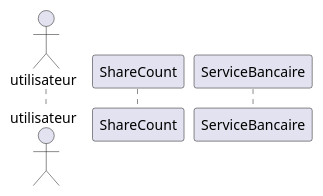
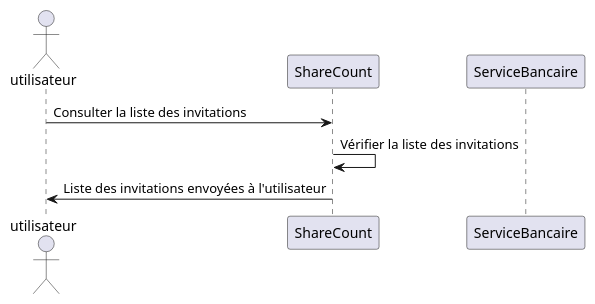
One commit to lmtb06/sharecount changed the diagram in diagrammes/specification/sequence/Consulter-sa-liste-d-invitations.puml. Above: the diagram before and after it, drawn with PlantUML. The commit also changed 1 other file, not shown here.

Commit message:
Fin des diagrammes de séquence

```diff
--- a/diagrammes/specification/sequence/Consulter-sa-liste-d-invitations.puml
+++ b/diagrammes/specification/sequence/Consulter-sa-liste-d-invitations.puml
@@ -1,8 +1,11 @@
 @startuml  Consulter sa liste d’invitations
 
 actor utilisateur as u
 participant ShareCount as sc
 participant ServiceBancaire as sb
 
+u -> sc : Consulter la liste des invitations
+sc -> sc : Vérifier la liste des invitations
+sc -> u : Liste des invitations envoyées à l'utilisateur
 
 @enduml
```
